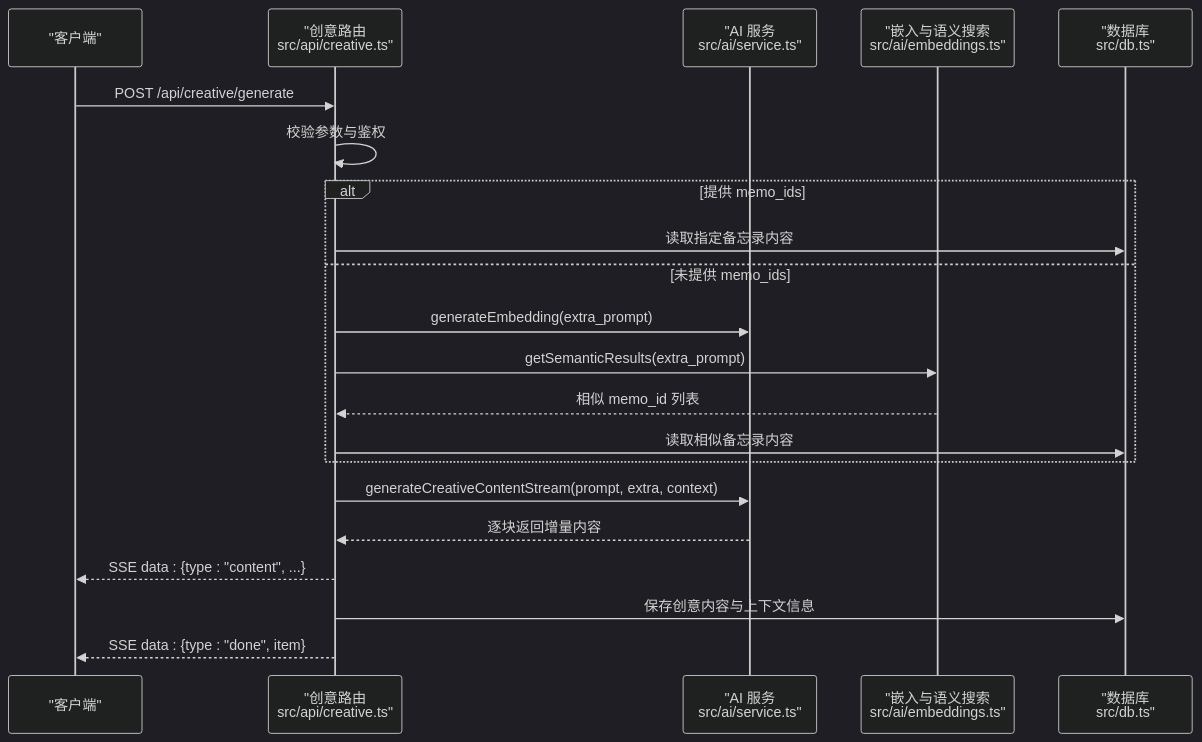
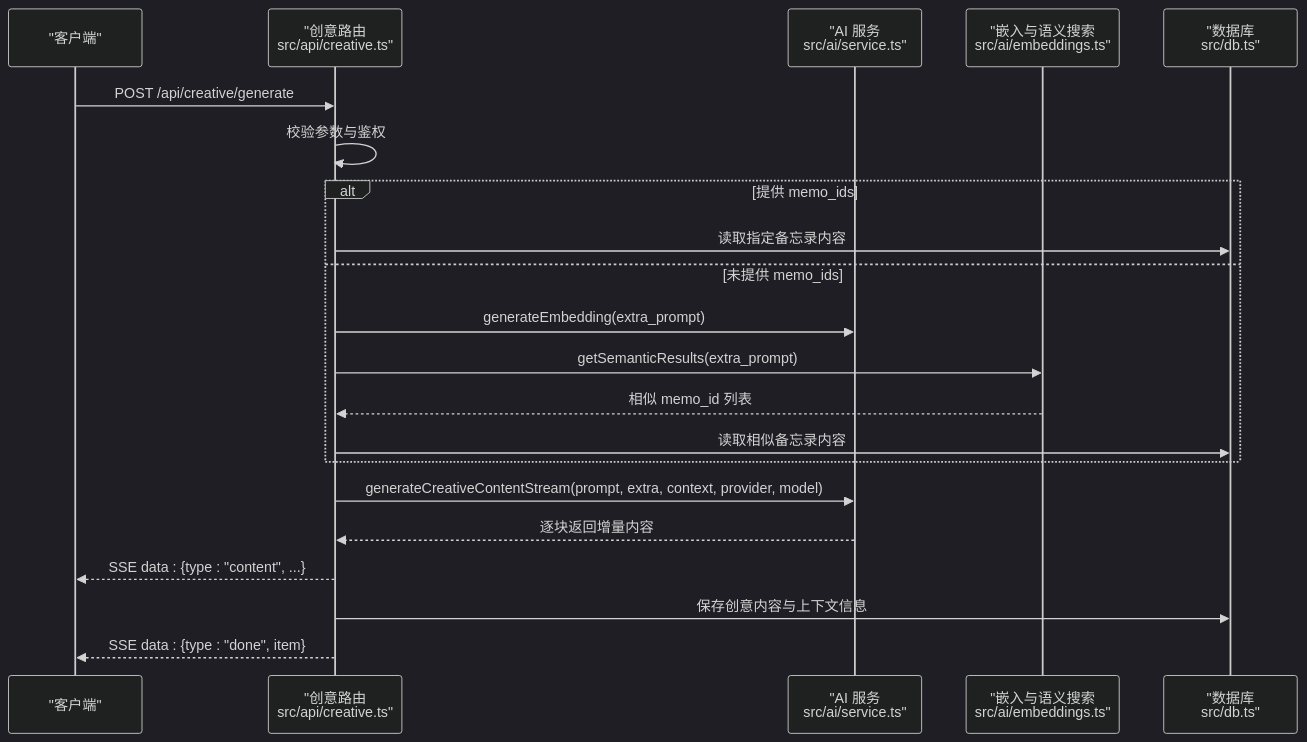
Before and after one commit to BlackBoxRecorder/memos: the fifth of 6 diagrams in .qoder/repowiki/zh/content/API 接口文档/AI 集成 API.md, drawn with Mermaid (dark theme). The commit also changed other lines of this file and 8 other files, not shown here.

````diff
--- a/.qoder/repowiki/zh/content/API 接口文档/AI 集成 API.md
+++ b/.qoder/repowiki/zh/content/API 接口文档/AI 集成 API.md
@@ -243,23 +318,23 @@
 ```mermaid
 sequenceDiagram
 participant C as "客户端"
 participant API as "创意路由<br/>src/api/creative.ts"
 participant SVC as "AI 服务<br/>src/ai/service.ts"
 participant EMB as "嵌入与语义搜索<br/>src/ai/embeddings.ts"
 participant DB as "数据库<br/>src/db.ts"
 C->>API : POST /api/creative/generate
 API->>API : 校验参数与鉴权
 alt 提供 memo_ids
 API->>DB : 读取指定备忘录内容
 else 未提供 memo_ids
 API->>SVC : generateEmbedding(extra_prompt)
 API->>EMB : getSemanticResults(extra_prompt)
 EMB-->>API : 相似 memo_id 列表
 API->>DB : 读取相似备忘录内容
 end
-API->>SVC : generateCreativeContentStream(prompt, extra, context)
+API->>SVC : generateCreativeContentStream(prompt, extra, context, provider, model)
 SVC-->>API : 逐块返回增量内容
 API-->>C : SSE data : {type : "content", ...}
 API->>DB : 保存创意内容与上下文信息
 API-->>C : SSE data : {type : "done", item}
 ```
````
